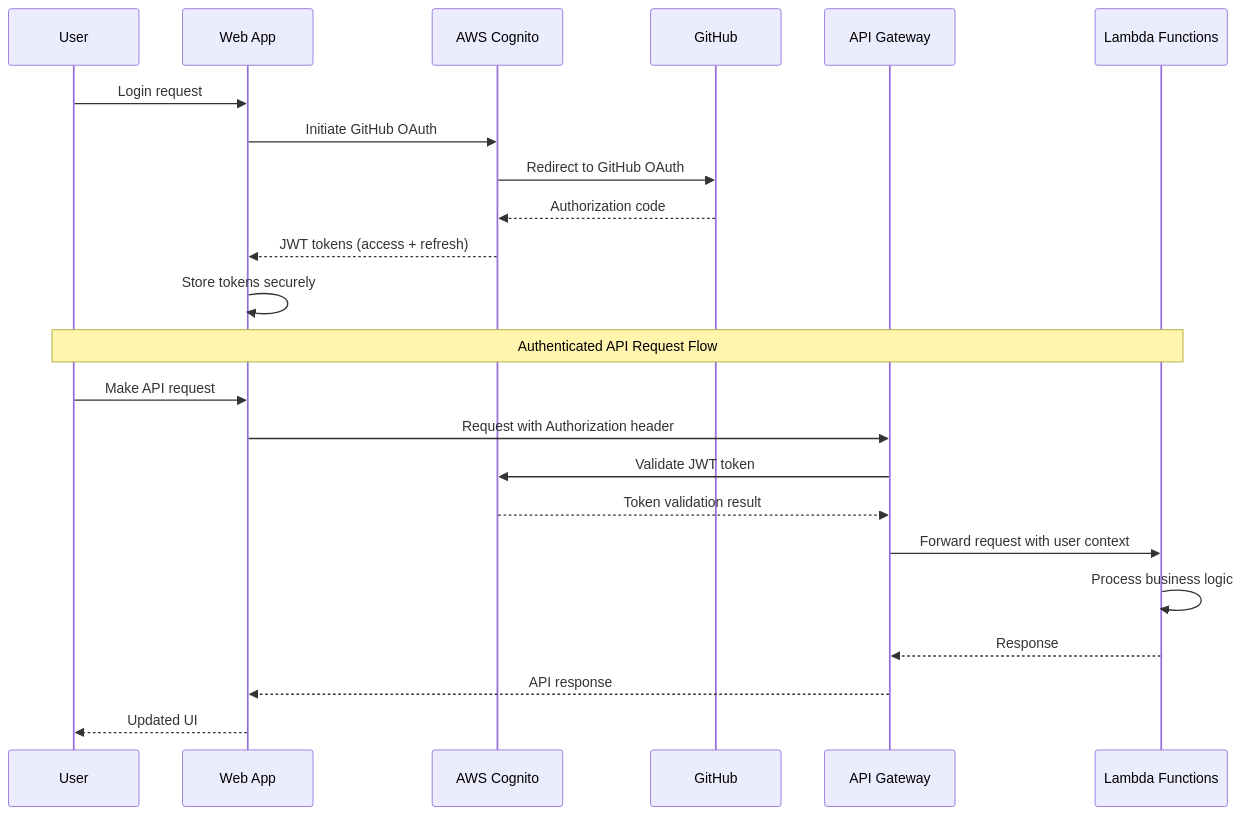
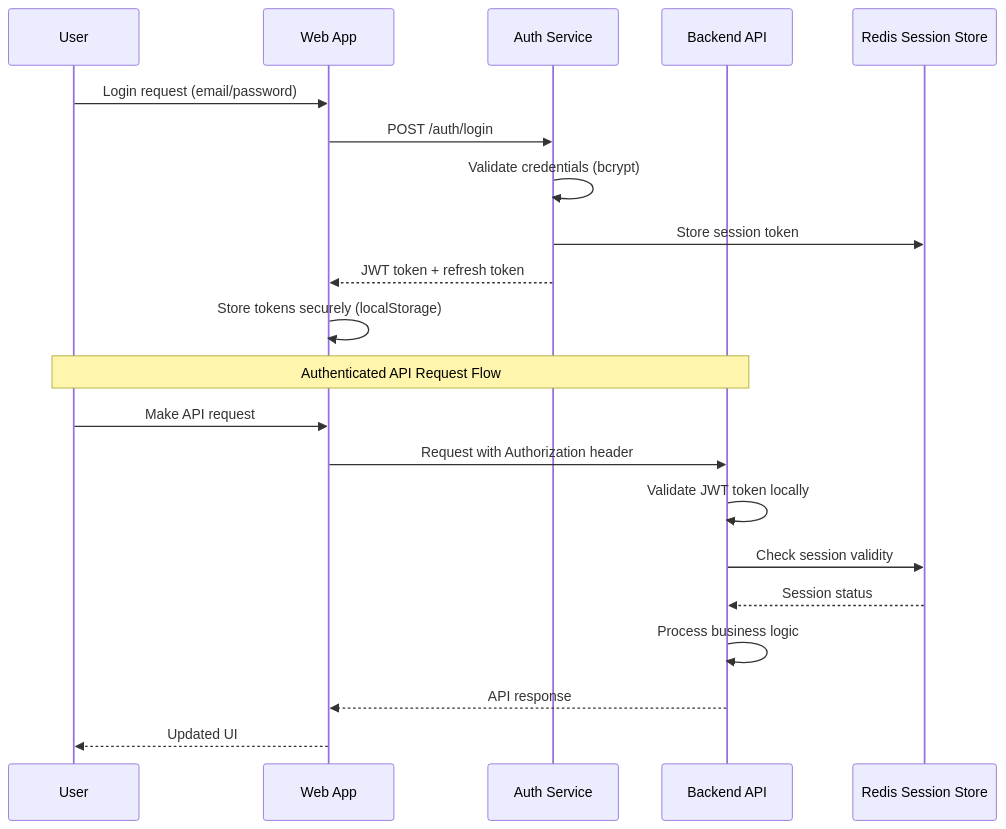
Before and after one commit to twattier/doc-graph: the diagram in docs/architecture/backend-architecture.md, drawn with Mermaid. The commit also changed other lines of this file and 11 other files, not shown here.

````diff
--- a/docs/architecture/backend-architecture.md
+++ b/docs/architecture/backend-architecture.md
@@ -174,28 +178,26 @@
 ```mermaid
 sequenceDiagram
     participant U as User
     participant W as Web App
-    participant C as AWS Cognito
-    participant G as GitHub
-    participant A as API Gateway
-    participant L as Lambda Functions
+    participant A as Auth Service
+    participant B as Backend API
+    participant R as Redis Session Store
 
-    U->>W: Login request
-    W->>C: Initiate GitHub OAuth
-    C->>G: Redirect to GitHub OAuth
-    G-->>C: Authorization code
-    C-->>W: JWT tokens (access + refresh)
-    W->>W: Store tokens securely
+    U->>W: Login request (email/password)
+    W->>A: POST /auth/login
+    A->>A: Validate credentials (bcrypt)
+    A->>R: Store session token
+    A-->>W: JWT token + refresh token
+    W->>W: Store tokens securely (localStorage)
 
-    Note over U,L: Authenticated API Request Flow
+    Note over U,B: Authenticated API Request Flow
 
     U->>W: Make API request
-    W->>A: Request with Authorization header
-    A->>C: Validate JWT token
-    C-->>A: Token validation result
-    A->>L: Forward request with user context
-    L->>L: Process business logic
-    L-->>A: Response
-    A-->>W: API response
+    W->>B: Request with Authorization header
+    B->>B: Validate JWT token locally
+    B->>R: Check session validity
+    R-->>B: Session status
+    B->>B: Process business logic
+    B-->>W: API response
     W-->>U: Updated UI
 ```
````
